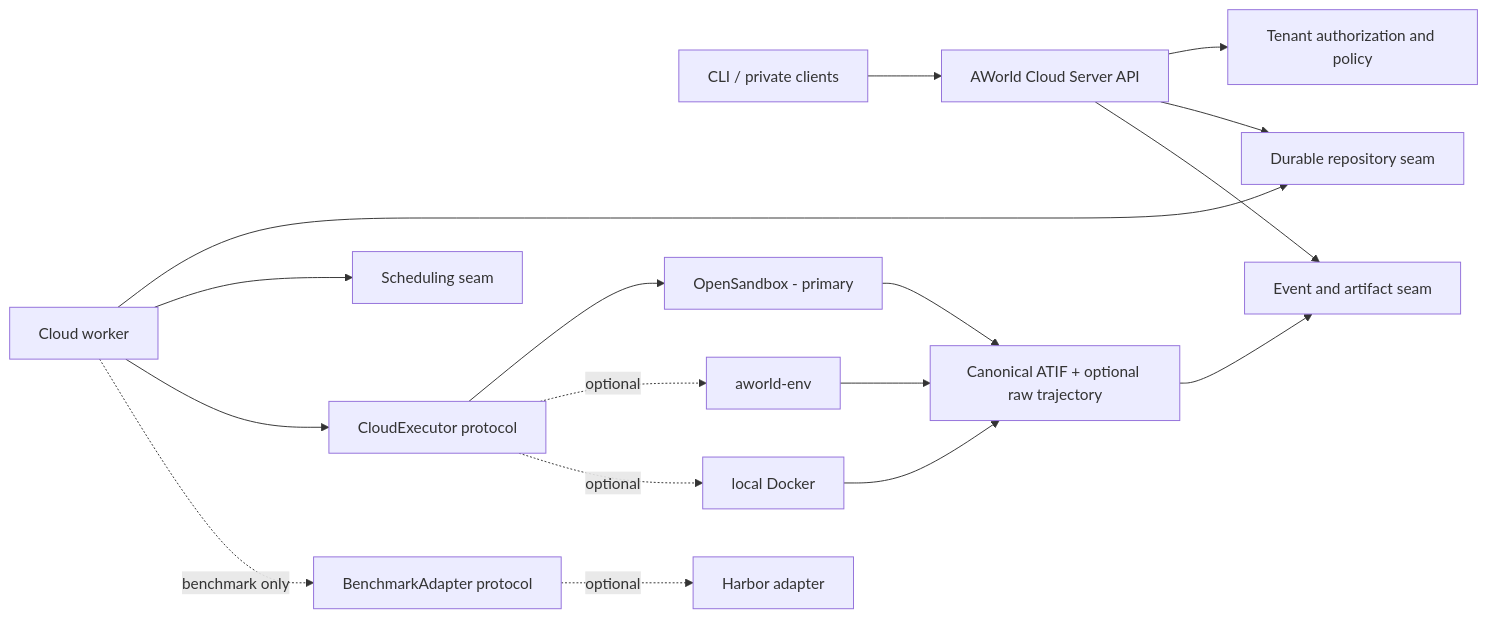
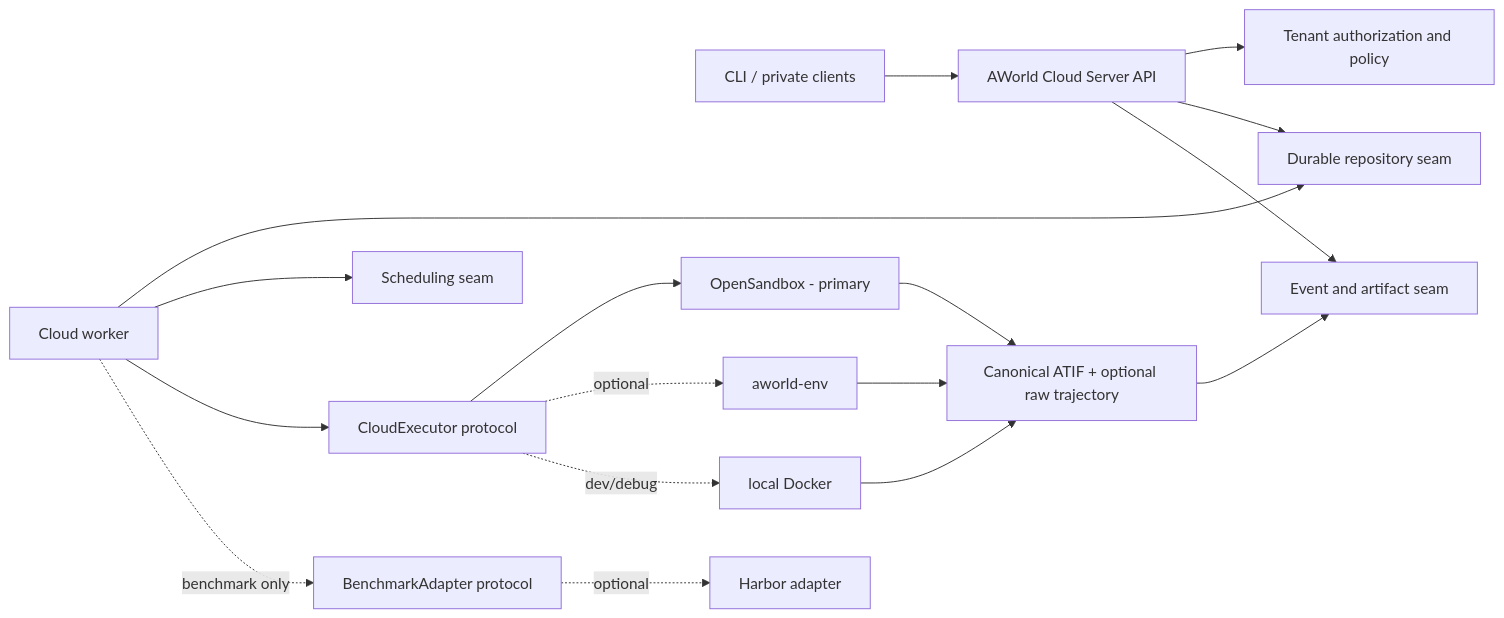
The diagram in openspec/changes/add-aworld-cloud-codex-workspaces/design.md (inclusionAI/AWorld), drawn with Mermaid before and after one commit. The commit also changed other lines of this file and 7 other files, not shown here.

````diff
--- a/openspec/changes/add-aworld-cloud-codex-workspaces/design.md
+++ b/openspec/changes/add-aworld-cloud-codex-workspaces/design.md
@@ -7,19 +7,19 @@
 ```mermaid
 flowchart LR
     C["CLI / private clients"] --> API["AWorld Cloud Server API"]
     API --> AUTH["Tenant authorization and policy"]
     API --> REPO["Durable repository seam"]
     API --> FILES["Event and artifact seam"]
     WORKER["Cloud worker"] --> REPO
     WORKER --> SCHED["Scheduling seam"]
     WORKER --> EXEC["CloudExecutor protocol"]
     EXEC --> OS["OpenSandbox - primary"]
     EXEC -. optional .-> ENV["aworld-env"]
-    EXEC -. optional .-> DOCKER["local Docker"]
+    EXEC -. dev/debug .-> DOCKER["local Docker"]
     WORKER -. benchmark only .-> ADAPTER["BenchmarkAdapter protocol"]
     ADAPTER -. optional .-> HARBOR["Harbor adapter"]
     OS --> TRAJ["Canonical ATIF + optional raw trajectory"]
     ENV --> TRAJ
     DOCKER --> TRAJ
     TRAJ --> FILES
 ```
````
